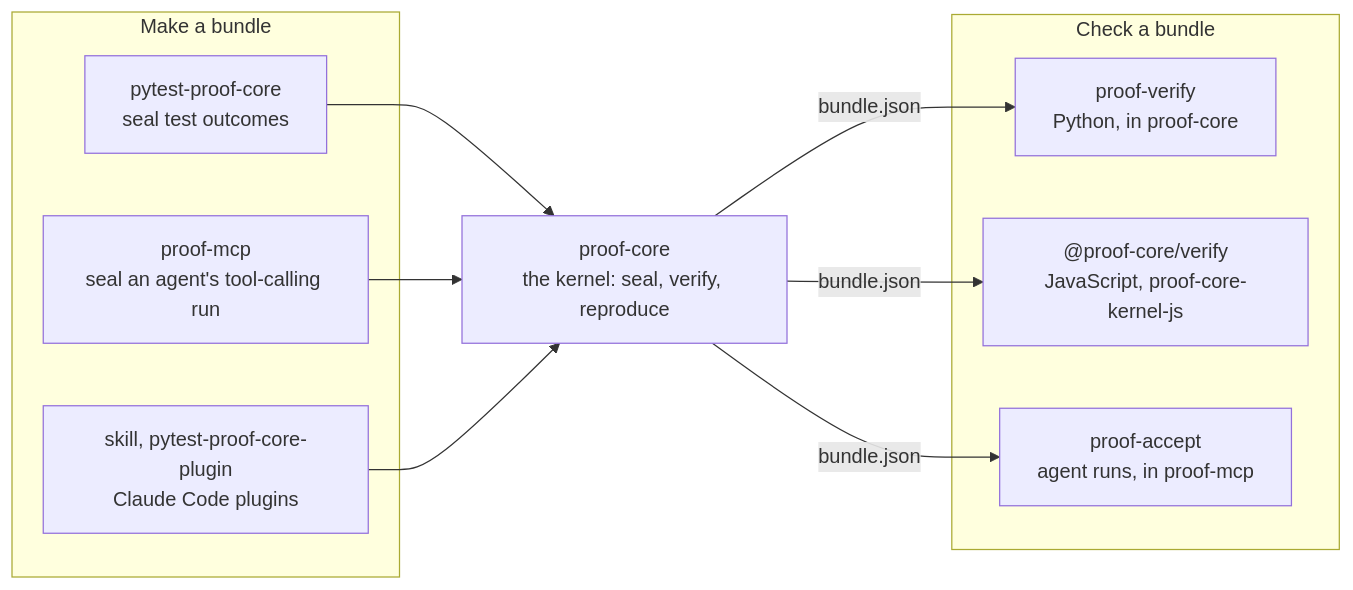
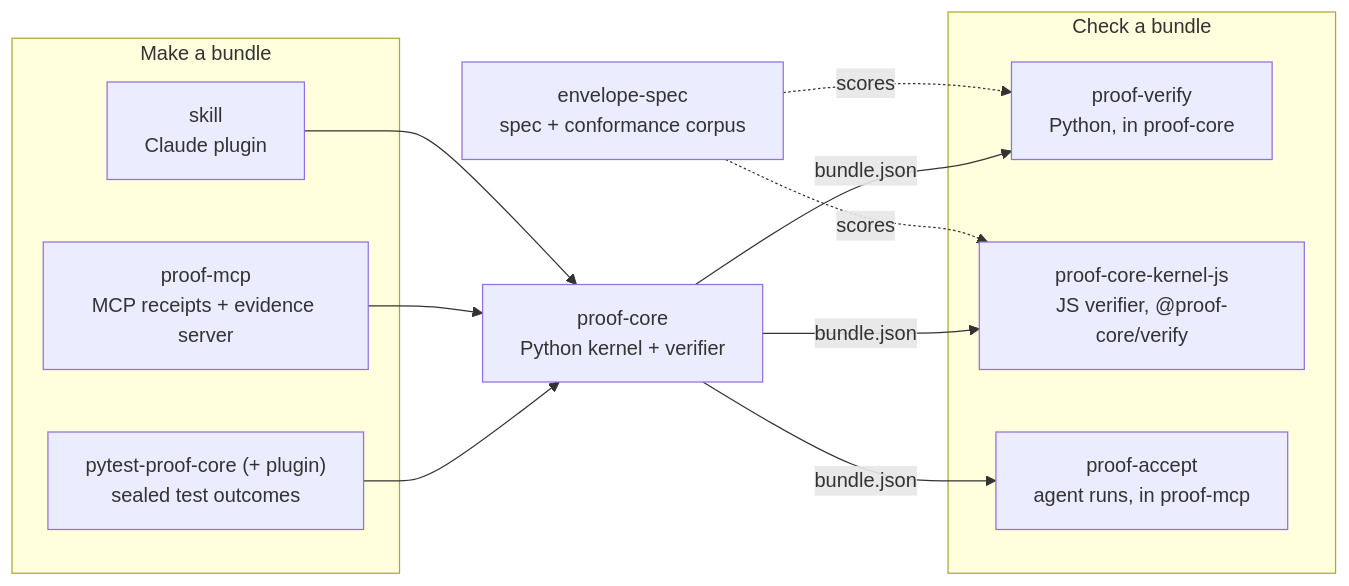
The third of 3 diagrams in README.md (SMRFORGE/proof-core), drawn with Mermaid before and after one commit. The commit also changed other lines of this file and 2 other files, not shown here.

First line of the commit message:
docs: diagrams for the skill flow and plugin contents; SKILL.md exit 5 and reproduce exit 3

````diff
--- a/README.md
+++ b/README.md
@@ -96,20 +121,23 @@
 ```mermaid
 flowchart LR
     subgraph make["Make a bundle"]
-        PT["pytest-proof-core<br/>seal test outcomes"]
-        MCP["proof-mcp<br/>seal an agent's tool-calling run"]
-        SK["skill, pytest-proof-core-plugin<br/>Claude Code plugins"]
+        PT["pytest-proof-core (+ plugin)<br/>sealed test outcomes"]
+        MCP["proof-mcp<br/>MCP receipts + evidence server"]
+        SK["skill<br/>Claude plugin"]
     end
-    K["proof-core<br/>the kernel: seal, verify, reproduce"]
+    K["proof-core<br/>Python kernel + verifier"]
     subgraph check["Check a bundle"]
         PV["proof-verify<br/>Python, in proof-core"]
-        JS["@proof-core/verify<br/>JavaScript, proof-core-kernel-js"]
+        JS["proof-core-kernel-js<br/>JS verifier, @proof-core/verify"]
         PA["proof-accept<br/>agent runs, in proof-mcp"]
     end
+    ES["envelope-spec<br/>spec + conformance corpus"]
     PT --> K
     MCP --> K
     SK --> K
     K -->|"bundle.json"| PV
     K -->|"bundle.json"| JS
     K -->|"bundle.json"| PA
+    ES -.->|"scores"| PV
+    ES -.->|"scores"| JS
 ```
````
